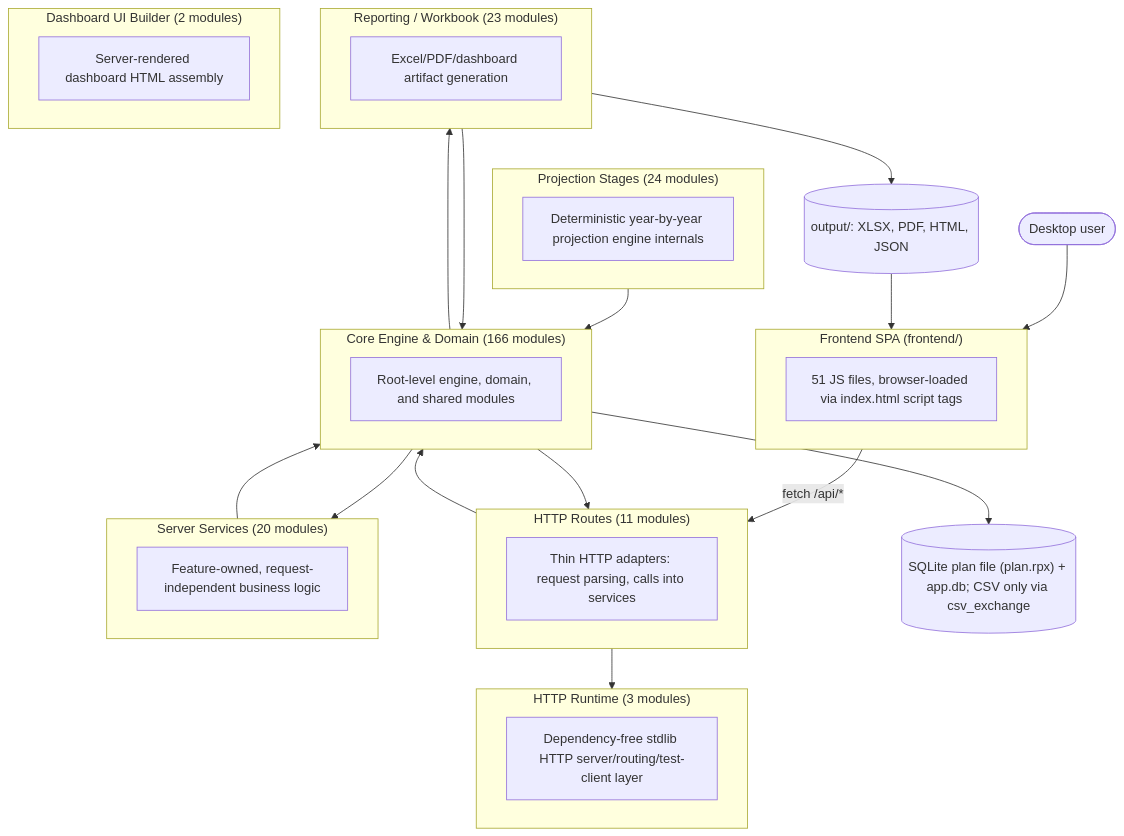
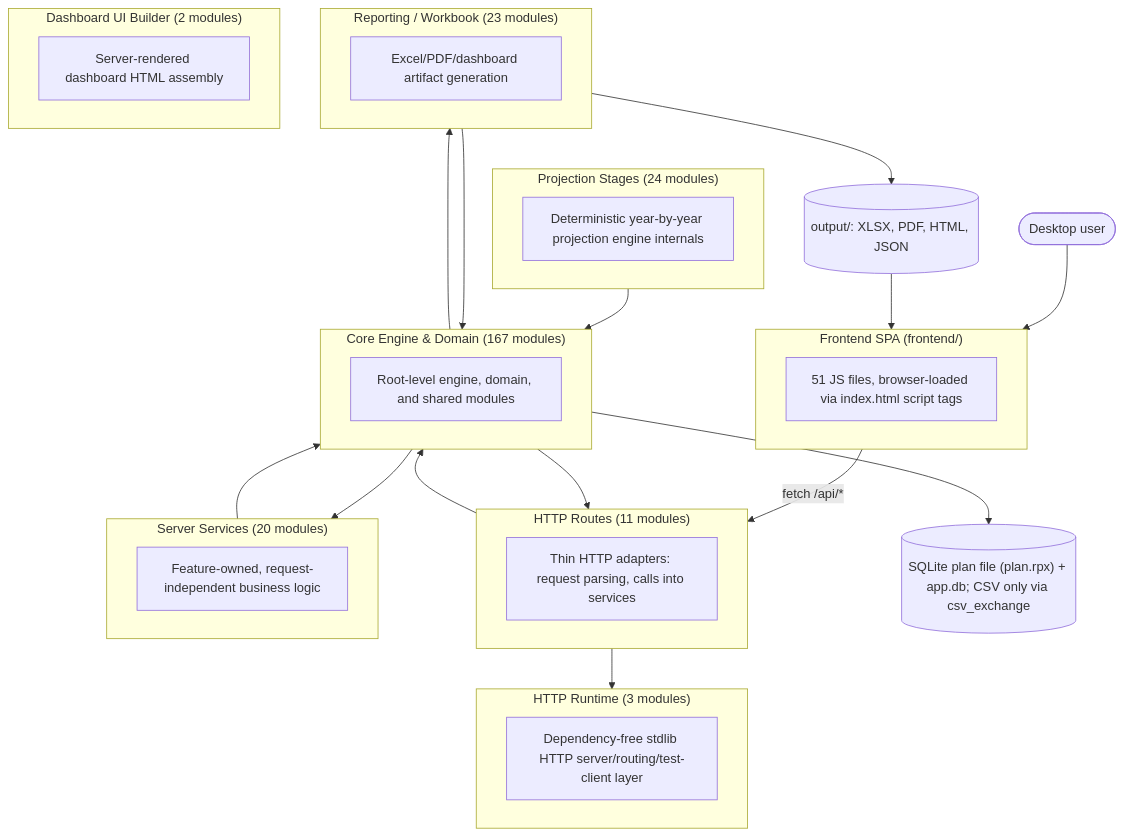
Before and after one commit to matthartzman/retirement_system: the first of 2 diagrams in documentation/reference/SYSTEM_ARCHITECTURE_DIAGRAM.md, drawn with Mermaid. The commit also changed other lines of this file and 10 other files, not shown here.

````diff
--- a/documentation/reference/SYSTEM_ARCHITECTURE_DIAGRAM.md
+++ b/documentation/reference/SYSTEM_ARCHITECTURE_DIAGRAM.md
@@ -11,40 +11,40 @@
 ```mermaid
 flowchart TB
     User(["Desktop user"]) --> FE
     subgraph FE["Frontend SPA (frontend/)"]
         FEcount["51 JS files, browser-loaded via index.html script tags"]
     end
     FE -->|fetch /api/*| L_HTTP_Routes
     subgraph L_HTTP_Routes["HTTP Routes (11 modules)"]
         L_HTTP_Routes_d["Thin HTTP adapters: request parsing, calls into services"]
     end
     subgraph L_Server_Services["Server Services (20 modules)"]
         L_Server_Services_d["Feature-owned, request-independent business logic"]
     end
     subgraph L_HTTP_Runtime["HTTP Runtime (3 modules)"]
         L_HTTP_Runtime_d["Dependency-free stdlib HTTP server/routing/test-client layer"]
     end
-    subgraph L_Core_Engine___Domain["Core Engine & Domain (166 modules)"]
+    subgraph L_Core_Engine___Domain["Core Engine & Domain (167 modules)"]
         L_Core_Engine___Domain_d["Root-level engine, domain, and shared modules"]
     end
     subgraph L_Projection_Stages["Projection Stages (24 modules)"]
         L_Projection_Stages_d["Deterministic year-by-year projection engine internals"]
     end
     subgraph L_Reporting___Workbook["Reporting / Workbook (23 modules)"]
         L_Reporting___Workbook_d["Excel/PDF/dashboard artifact generation"]
     end
     subgraph L_Dashboard_UI_Builder["Dashboard UI Builder (2 modules)"]
         L_Dashboard_UI_Builder_d["Server-rendered dashboard HTML assembly"]
     end
     L_Core_Engine___Domain --> L_HTTP_Routes
     L_Core_Engine___Domain --> L_Reporting___Workbook
     L_Core_Engine___Domain --> L_Server_Services
     L_HTTP_Routes --> L_Core_Engine___Domain
     L_HTTP_Routes --> L_HTTP_Runtime
     L_Projection_Stages --> L_Core_Engine___Domain
     L_Reporting___Workbook --> L_Core_Engine___Domain
     L_Server_Services --> L_Core_Engine___Domain
     L_Core_Engine___Domain --> DB[("SQLite plan file (plan.rpx) + app.db; CSV only via csv_exchange")]
     L_Reporting___Workbook --> Outputs[("output/: XLSX, PDF, HTML, JSON")]
     Outputs --> FE
 ```
````
